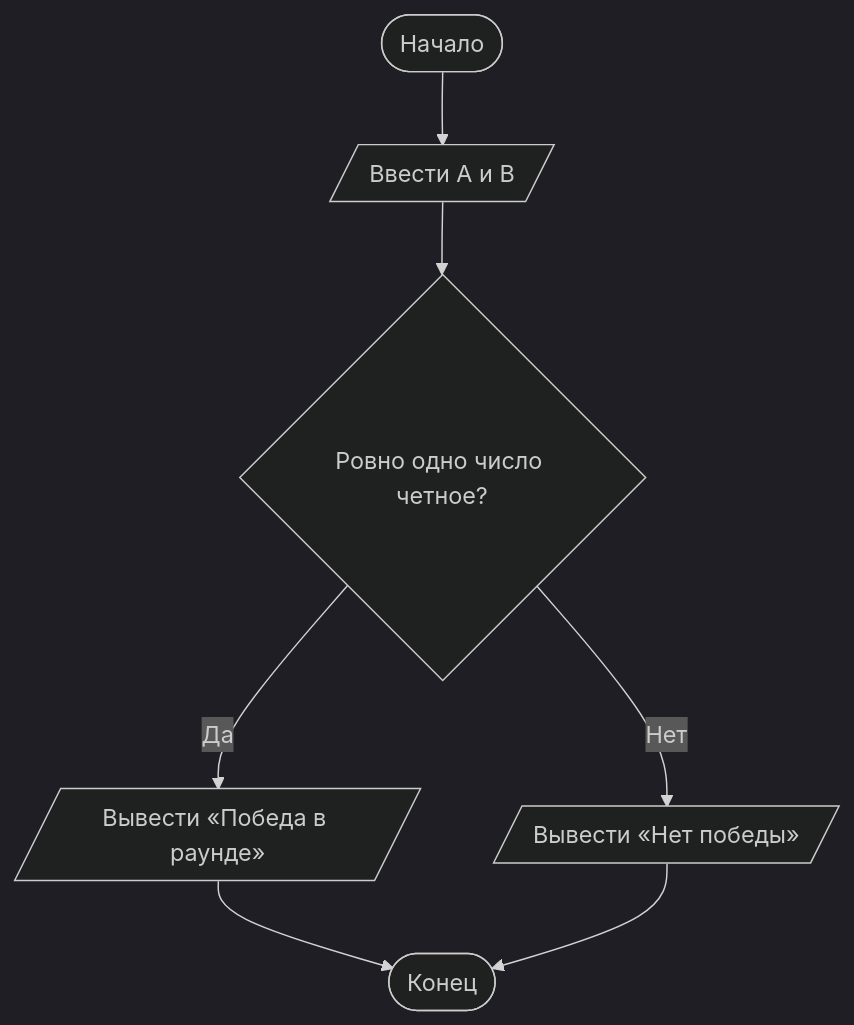
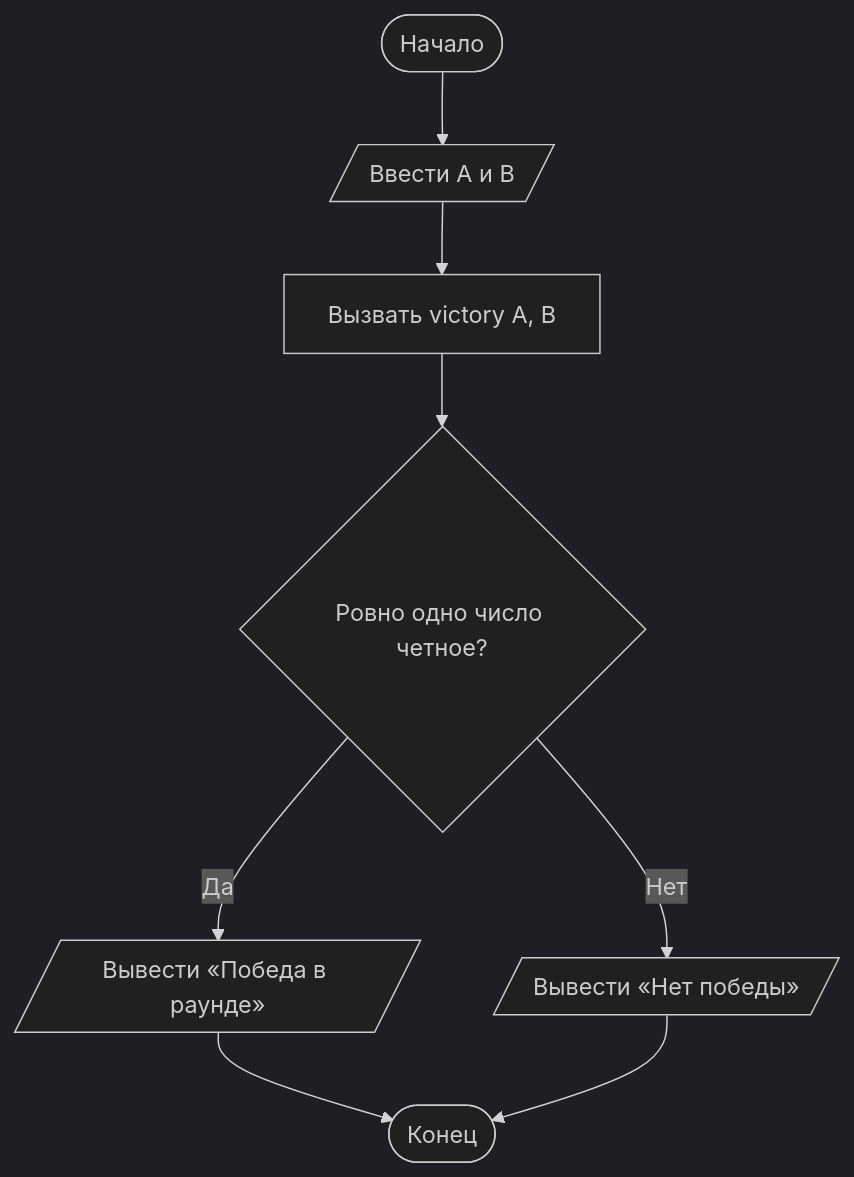
Before and after one commit to AlexChrome3078/laba4: the diagram in README.md, drawn with Mermaid (dark theme). The commit also changed other lines of this file, not shown here.

````diff
--- a/README.md
+++ b/README.md
@@ -15,9 +16,10 @@
 ```mermaid
 flowchart TD
     A([Начало]) --> B[/Ввести A и B/]
-    B --> C{Ровно одно число четное?}
-    C -- Да --> D[/Вывести «Победа в раунде»/]
-    C -- Нет --> E[/Вывести «Нет победы»/]
-    D --> F([Конец])
-    E --> F
+    B --> C[Вызвать victory A, B]
+    C --> D{Ровно одно число четное?}
+    D -- Да --> E[/Вывести «Победа в раунде»/]
+    D -- Нет --> F[/Вывести «Нет победы»/]
+    E --> G([Конец])
+    F --> G
 ```
````
